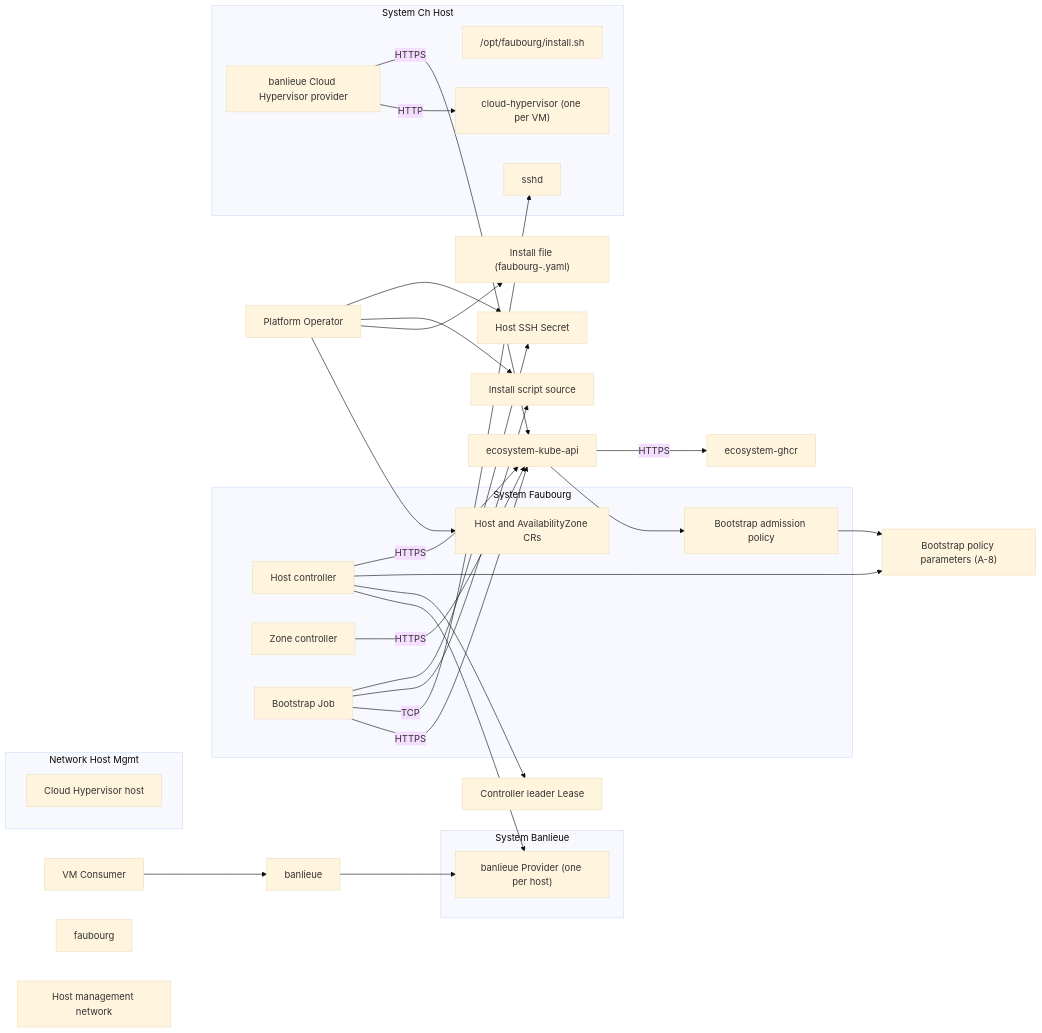
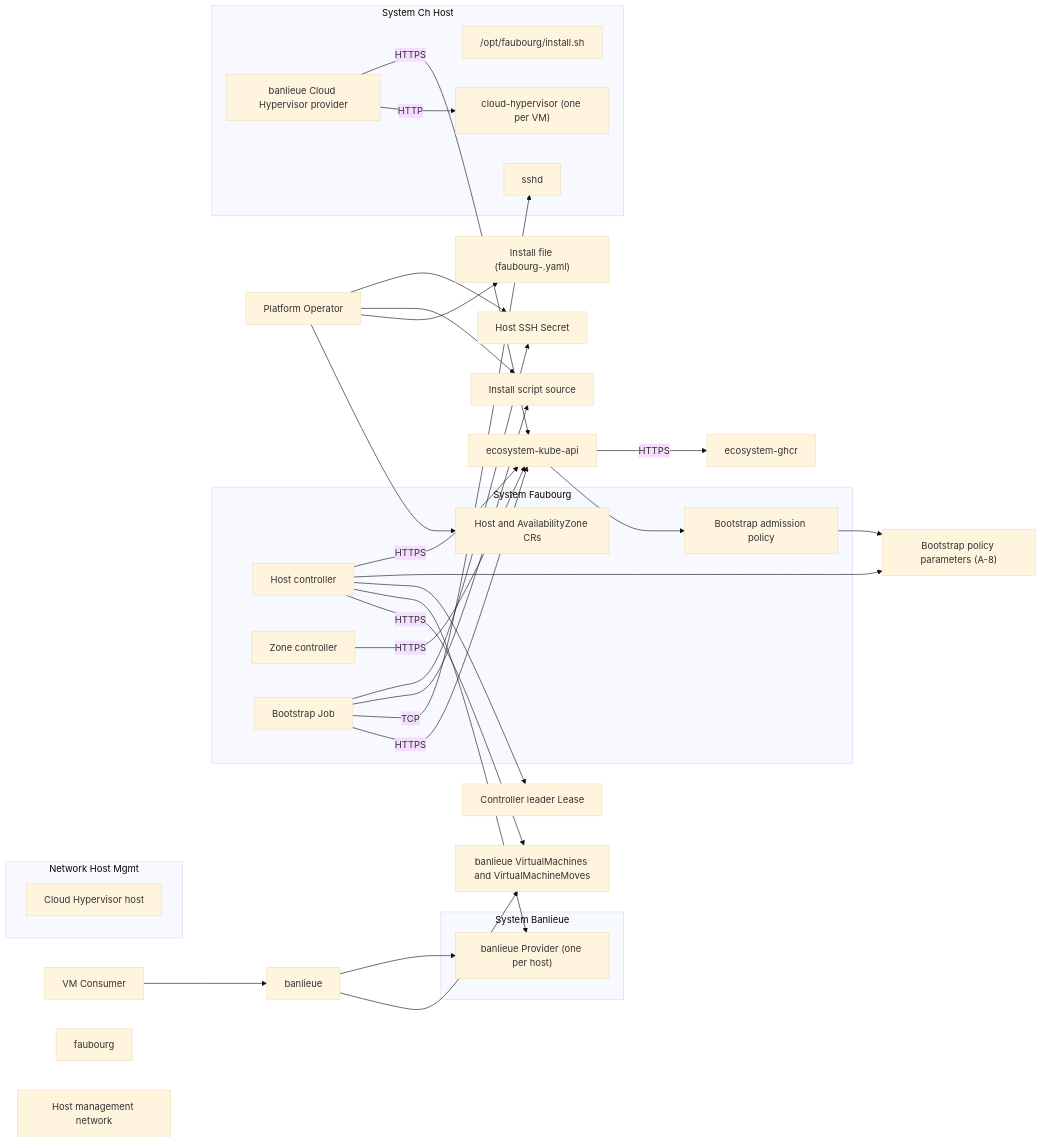
The diagram in docs/architecture/diagrams/system.md (firestoned/faubourg), drawn with Mermaid (base theme) before and after one commit. The commit also changed 19 other files, not shown here.

First line of the commit message:
feat(controller): drain a host through banlieue VM moves (ADR-0017, roadmap 03) (#29)

````diff
--- a/docs/architecture/diagrams/system.md
+++ b/docs/architecture/diagrams/system.md
@@ -21,63 +21,66 @@
 ```mermaid
 flowchart LR
     actor-platform-operator["Platform Operator"]
     actor-vm-consumer["VM Consumer"]
     system-faubourg["faubourg"]
     service-host-controller["Host controller"]
     service-zone-controller["Zone controller"]
     service-bootstrap-job["Bootstrap Job"]
     service-bootstrap-admission-policy["Bootstrap admission policy"]
     data-asset-bootstrap-policy-params["Bootstrap policy parameters (A-8)"]
     data-asset-controller-lease["Controller leader Lease"]
     data-asset-host-az-crs["Host and AvailabilityZone CRs"]
     data-asset-ssh-secret["Host SSH Secret"]
     system-banlieue["banlieue"]
     data-asset-provider-cr["banlieue Provider (one per host)"]
+    data-asset-banlieue-vm-crs["banlieue VirtualMachines and VirtualMachineMoves"]
     system-ch-host["Cloud Hypervisor host"]
     data-asset-install-script["Install script source"]
     data-asset-host-install-script["/opt/faubourg/install.sh"]
     service-ssh["sshd"]
     service-banlieue-ch-provider["banlieue Cloud Hypervisor provider"]
     service-cloud-hypervisor["cloud-hypervisor (one per VM)"]
     network-host-mgmt["Host management network"]
     data-asset-install-file["Install file (faubourg-<version>.yaml)"]
     subgraph sg_system-faubourg [System Faubourg]
         service-host-controller
         service-zone-controller
         service-bootstrap-job
         service-bootstrap-admission-policy
         data-asset-host-az-crs
     end
     subgraph sg_system-ch-host [System Ch Host]
         service-ssh
         data-asset-host-install-script
         service-banlieue-ch-provider
         service-cloud-hypervisor
     end
     subgraph sg_system-banlieue [System Banlieue]
         data-asset-provider-cr
     end
     subgraph sg_network-host-mgmt [Network Host Mgmt]
         system-ch-host
     end
     actor-platform-operator --> data-asset-host-az-crs
     actor-platform-operator --> data-asset-ssh-secret
     actor-platform-operator --> data-asset-install-script
     actor-vm-consumer --> system-banlieue
     service-host-controller -->|HTTPS| ecosystem-kube-api
     ecosystem-kube-api --> service-bootstrap-admission-policy
     service-bootstrap-admission-policy --> data-asset-bootstrap-policy-params
     service-host-controller --> data-asset-bootstrap-policy-params
     service-host-controller --> data-asset-controller-lease
     service-zone-controller -->|HTTPS| ecosystem-kube-api
     service-bootstrap-job --> data-asset-ssh-secret
     service-bootstrap-job --> data-asset-install-script
     service-bootstrap-job -->|TCP| service-ssh
     service-banlieue-ch-provider -->|HTTPS| ecosystem-kube-api
     service-banlieue-ch-provider -->|HTTP| service-cloud-hypervisor
     system-banlieue --> data-asset-provider-cr
+    system-banlieue --> data-asset-banlieue-vm-crs
     service-host-controller --> data-asset-provider-cr
+    service-host-controller -->|HTTPS| data-asset-banlieue-vm-crs
     service-bootstrap-job -->|HTTPS| ecosystem-kube-api
     ecosystem-kube-api -->|HTTPS| ecosystem-ghcr
     actor-platform-operator --> data-asset-install-file
 ```
````
